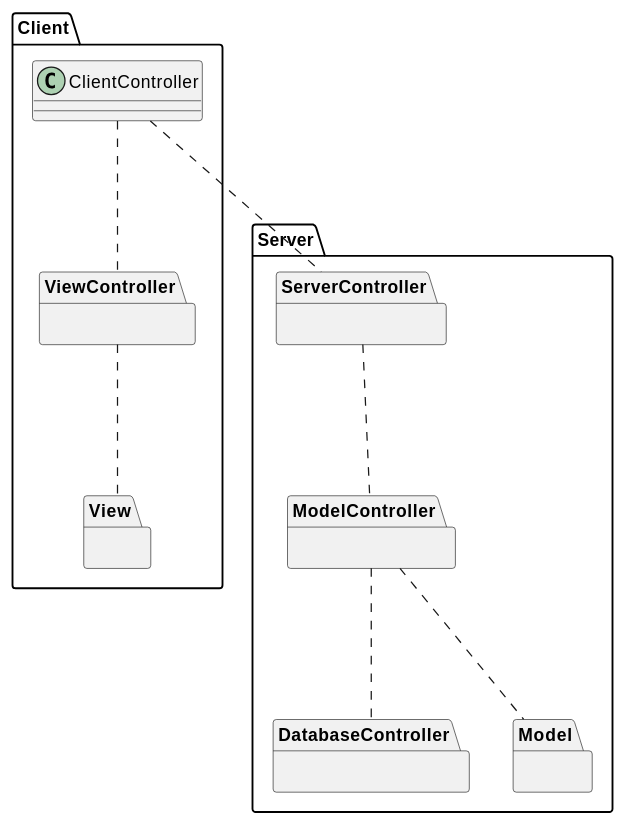
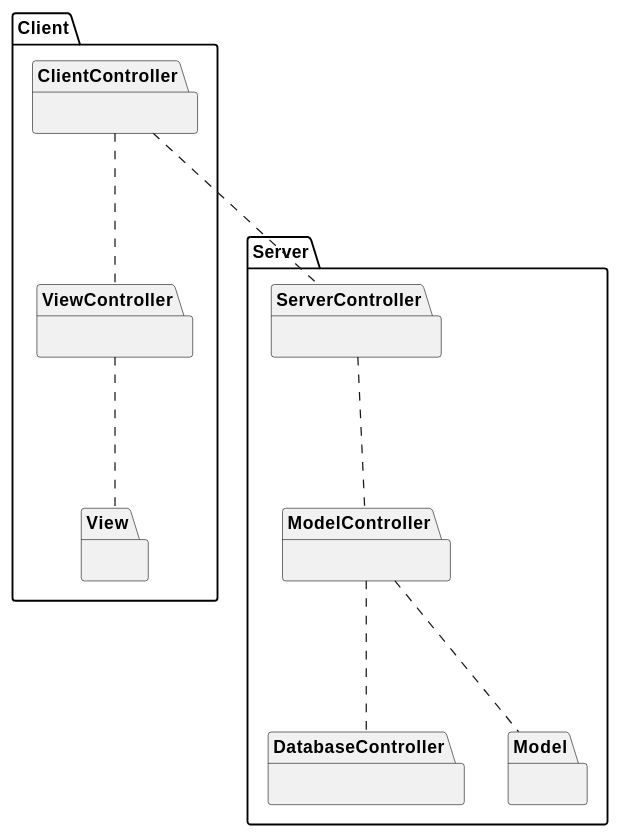
Before and after one commit to mklasby/MVC-Distributed-Inventory-Management: the diagram in UML Models/PackageDiagram.md, drawn with PlantUML. The commit also changed 9 other files, not shown here.

```diff
--- a/UML Models/PackageDiagram.md
+++ b/UML Models/PackageDiagram.md
@@ -1,23 +1,23 @@
 @startuml
 package "Client"{
-    class ClientController{}
+    package ClientController{}
     package ViewController{}
     package View{}
 }
 
 package "Server"{
     package ServerController{}
     package DatabaseController{}
     package Model{}
     package ModelController{}
 }
 
 ClientController ... ServerController
 ClientController ... ViewController
 ViewController ... View
 
 ModelController ... Model
 ModelController ... DatabaseController
 ServerController ... ModelController
 
 @enduml
```
